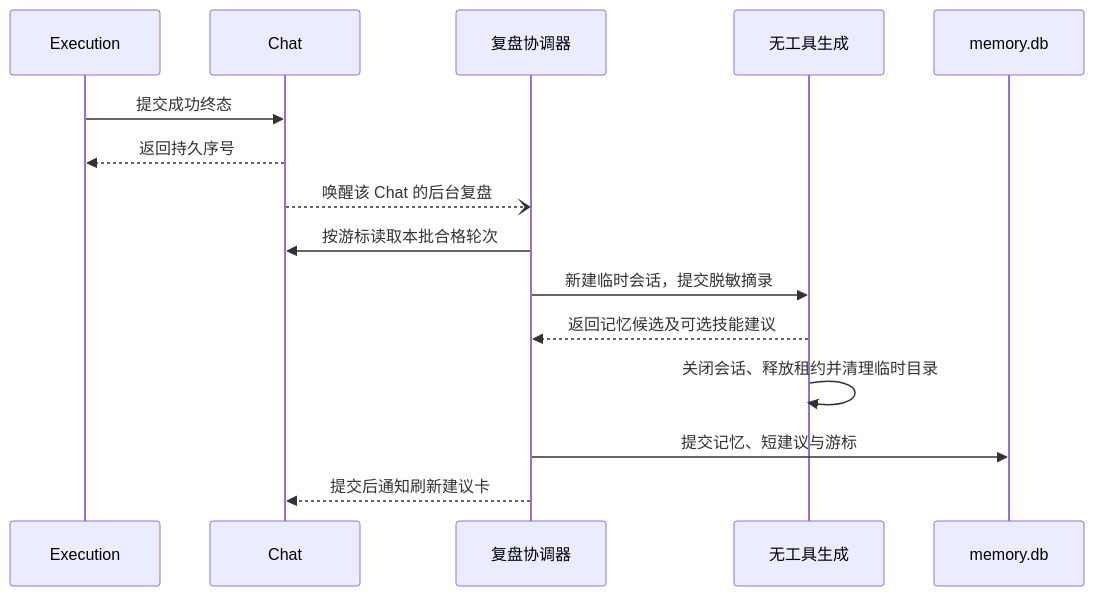
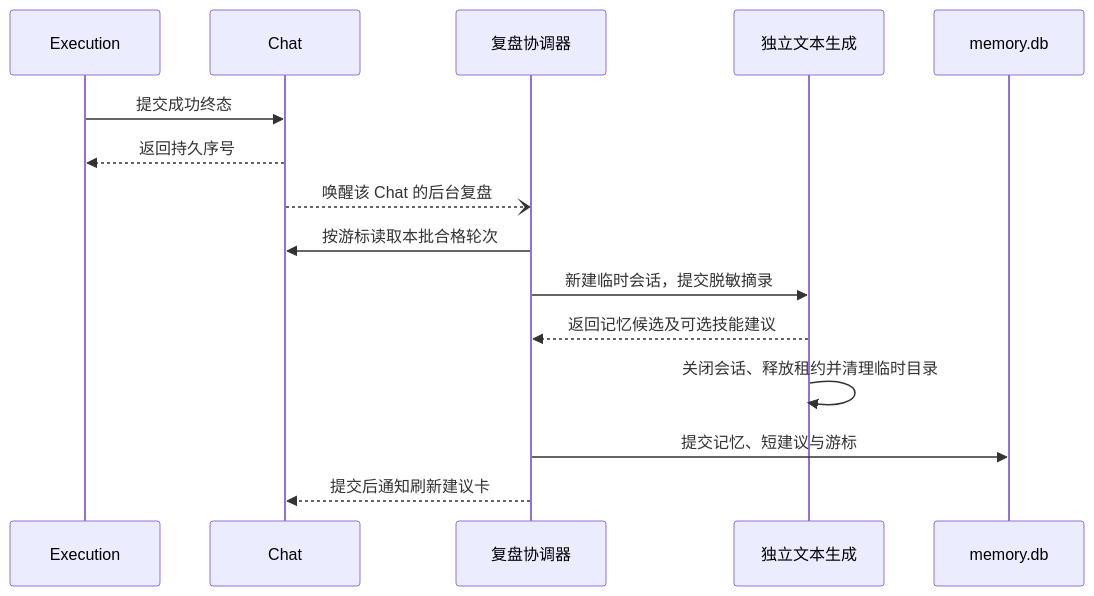
One commit to JieWaZi/NeuxBot changed the first of 2 diagrams in docs/superpowers/specs/2026-11-18-partner-memory-design.md. Above: the diagram before and after it, drawn with Mermaid. The commit also changed other lines of this file and 253 other files, not shown here.

````diff
--- a/docs/superpowers/specs/2026-11-18-partner-memory-design.md
+++ b/docs/superpowers/specs/2026-11-18-partner-memory-design.md
@@ -46,18 +46,18 @@
 ```mermaid
 sequenceDiagram
     participant E as Execution
     participant C as Chat
     participant M as 复盘协调器
-    participant R as 无工具生成
+    participant R as 独立文本生成
     participant D as memory.db
 
     E->>C: 提交成功终态
     C-->>E: 返回持久序号
     C--)M: 唤醒该 Chat 的后台复盘
     M->>C: 按游标读取本批合格轮次
     M->>R: 新建临时会话，提交脱敏摘录
     R-->>M: 返回记忆候选及可选技能建议
     R->>R: 关闭会话、释放租约并清理临时目录
     M->>D: 提交记忆、短建议与游标
     M-->>C: 提交后通知刷新建议卡
 ```
````
